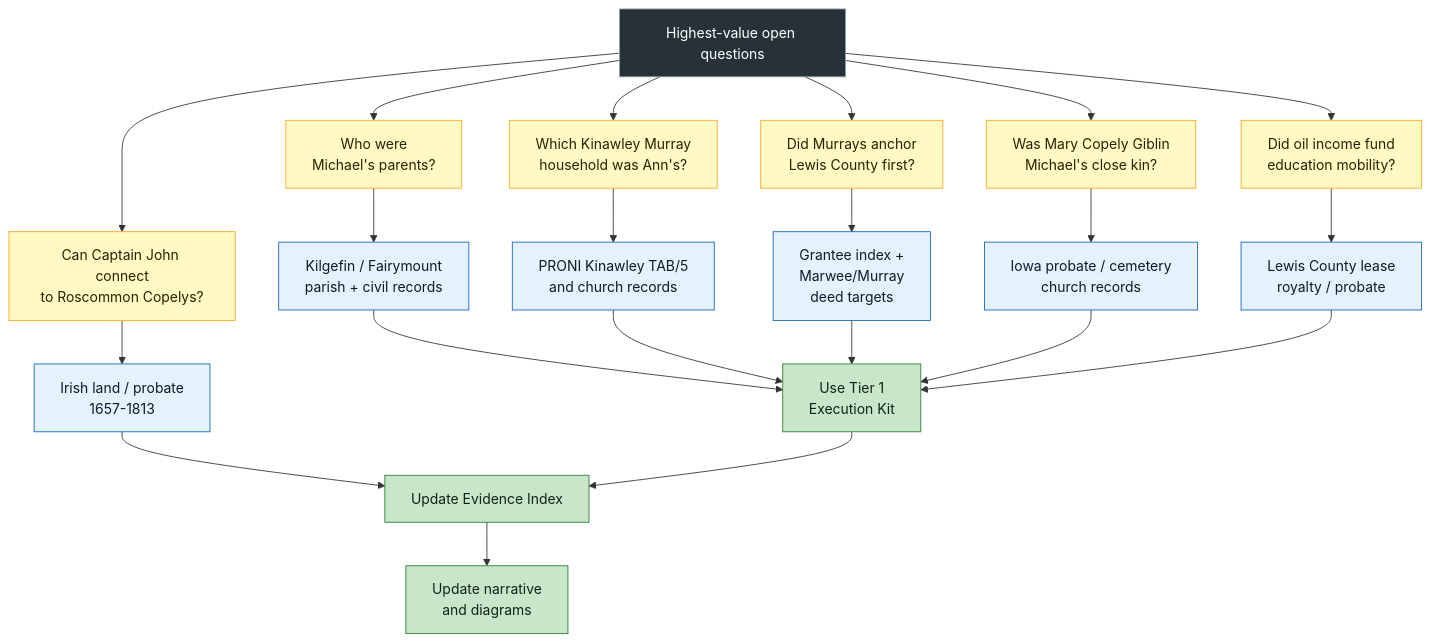
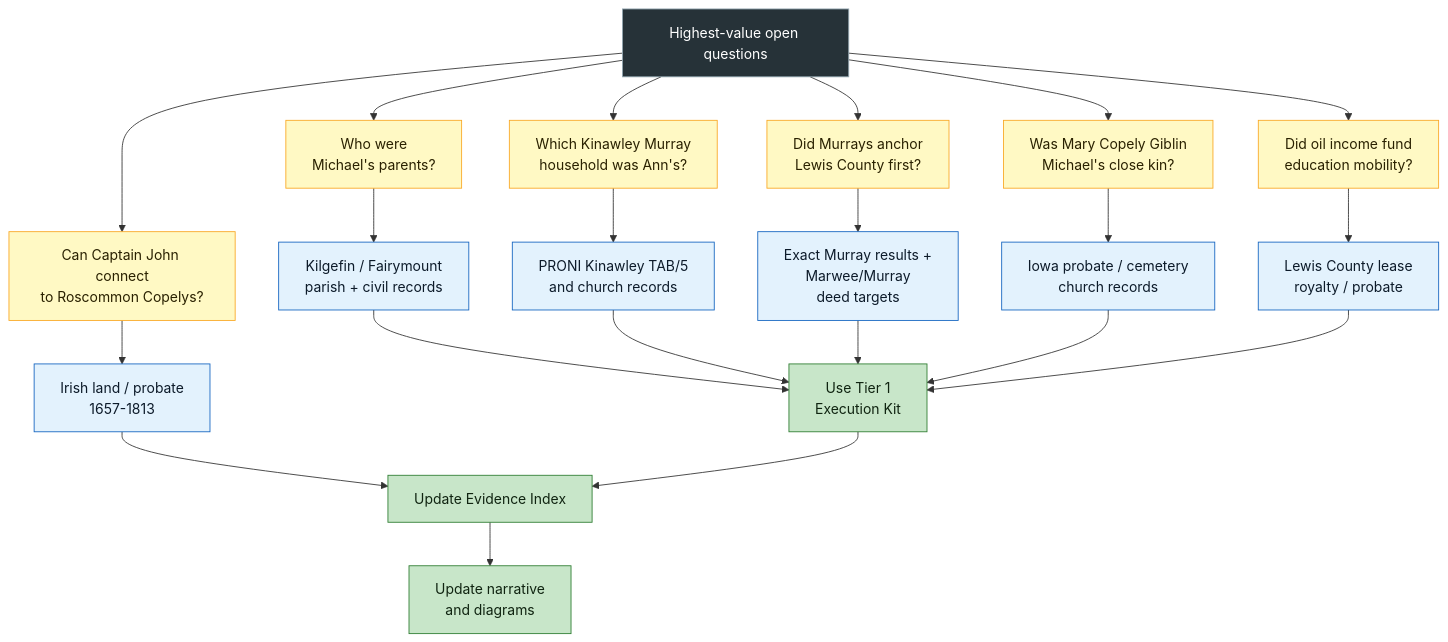
The fourth of 4 diagrams in Visual Story Atlas.md (zcopley/copley-family-research), drawn with Mermaid before and after one commit. The commit also changed other lines of this file and 24 other files, not shown here.

Commit message:
Integrate Murray deed findings and deepen lifespan guides

````diff
--- a/Visual Story Atlas.md
+++ b/Visual Story Atlas.md
@@ -165,32 +165,32 @@
 ```mermaid
 flowchart TB
     START["Highest-value open questions"]:::root
     
     START --> Q1["Who were<br/>Michael's parents?"]:::quest
     START --> Q2["Which Kinawley Murray<br/>household was Ann's?"]:::quest
     START --> Q3["Did Murrays anchor<br/>Lewis County first?"]:::quest
     START --> Q4["Was Mary Copely Giblin<br/>Michael's close kin?"]:::quest
     START --> Q5["Did oil income fund<br/>education mobility?"]:::quest
     START --> Q6["Can Captain John connect<br/>to Roscommon Copelys?"]:::quest
     
     Q1 --> A1["Kilgefin / Fairymount<br/>parish + civil records"]:::source
     Q2 --> A2["PRONI Kinawley TAB/5<br/>and church records"]:::source
-    Q3 --> A3["Grantee index +<br/>Marwee/Murray<br/>deed targets"]:::source
+    Q3 --> A3["Exact Murray results +<br/>Marwee/Murray<br/>deed targets"]:::source
     Q4 --> A4["Iowa probate / cemetery<br/>church records"]:::source
     Q5 --> A5["Lewis County lease<br/>royalty / probate"]:::source
     Q6 --> A6["Irish land / probate<br/>1657-1813"]:::source
     
     A1 --> KIT["Use Tier 1<br/>Execution Kit"]:::action
     A2 --> KIT
     A3 --> KIT
     A4 --> KIT
     A5 --> KIT
     A6 --> EVID["Update Evidence Index"]:::action
     KIT --> EVID
     EVID --> NARR["Update narrative<br/>and diagrams"]:::action
     
     classDef root fill:#263238,stroke:#90a4ae,color:#ffffff
     classDef quest fill:#fff9c4,stroke:#f9a825,color:#2a2100
     classDef source fill:#e3f2fd,stroke:#1565c0,color:#0d1b2a
     classDef action fill:#c8e6c9,stroke:#2e7d32,color:#102411
 ```
````
